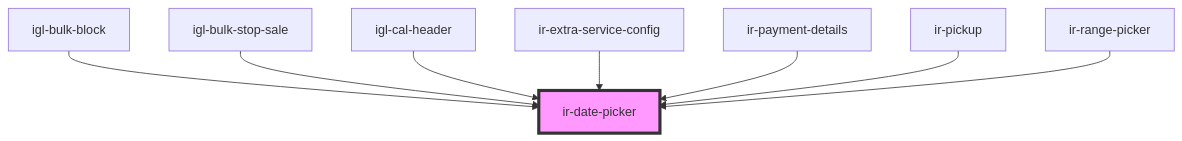
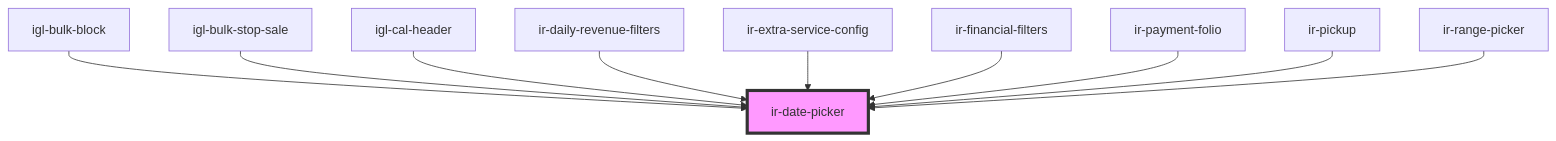
One commit to RonyRizk/ir-webcmp changed the diagram in src/components/ui/ir-date-picker/readme.md. Above: the diagram before and after it, drawn with Mermaid. The commit also changed other lines of this file and 156 other files, not shown here.

````diff
--- a/src/components/ui/ir-date-picker/readme.md
+++ b/src/components/ui/ir-date-picker/readme.md
@@ -76,11 +78,13 @@
 ```mermaid
 graph TD;
   igl-bulk-block --> ir-date-picker
   igl-bulk-stop-sale --> ir-date-picker
   igl-cal-header --> ir-date-picker
+  ir-daily-revenue-filters --> ir-date-picker
   ir-extra-service-config --> ir-date-picker
-  ir-payment-details --> ir-date-picker
+  ir-financial-filters --> ir-date-picker
+  ir-payment-folio --> ir-date-picker
   ir-pickup --> ir-date-picker
   ir-range-picker --> ir-date-picker
   style ir-date-picker fill:#f9f,stroke:#333,stroke-width:4px
 ```
````
